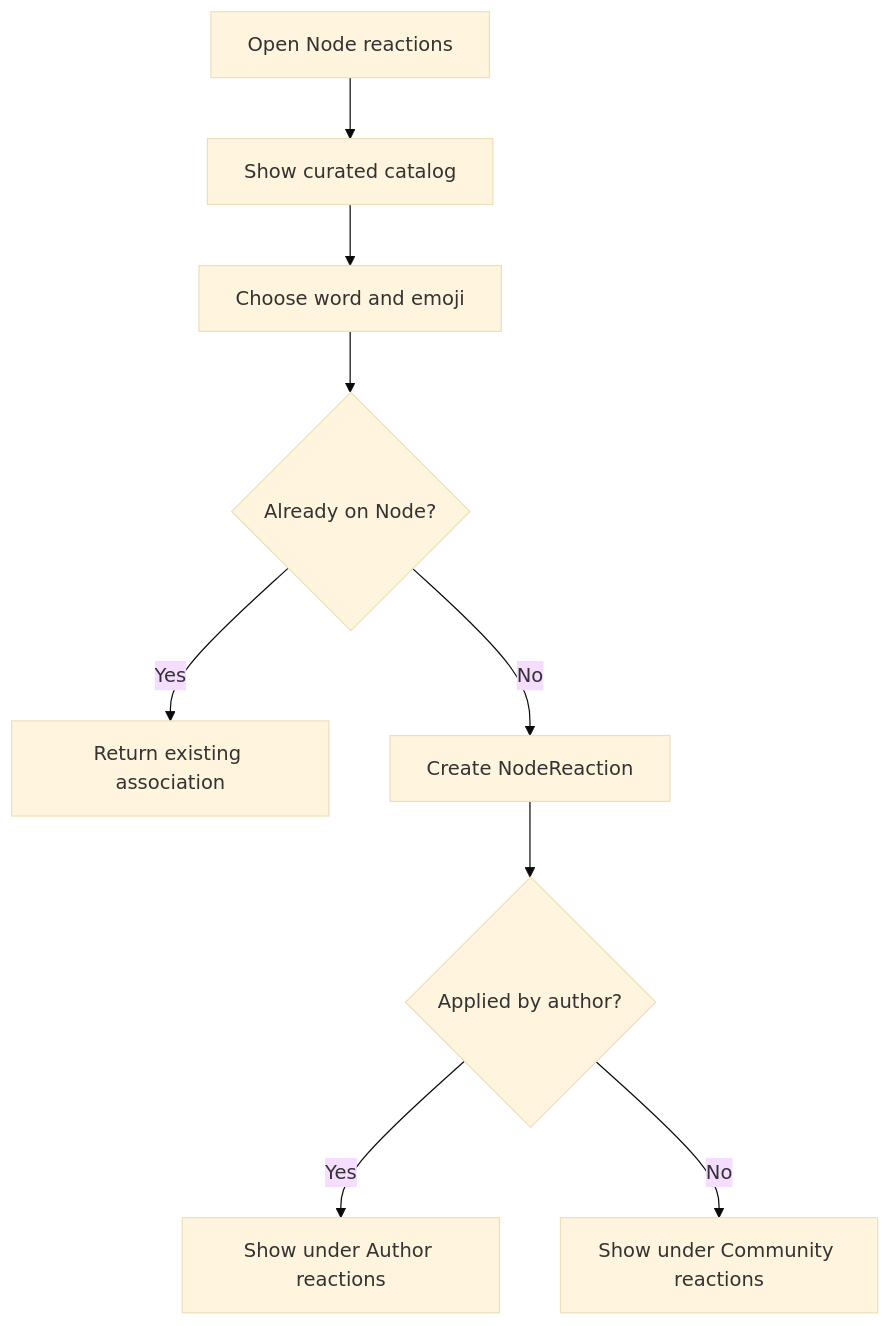
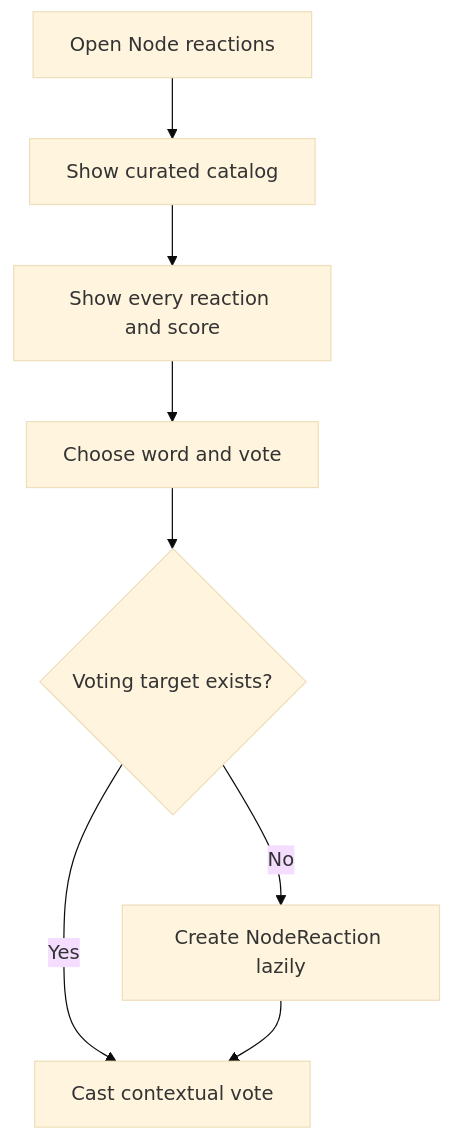
Before and after one commit to williamowen65/atlas-the-public-think-tank: the first of 2 diagrams in docs/workflows/REACTIONS.md, drawn with Mermaid (base theme). The commit also changed other lines of this file and 8 other files, not shown here.

Commit message:
PTT-103 unify reactions and create targets on first vote

````diff
--- a/docs/workflows/REACTIONS.md
+++ b/docs/workflows/REACTIONS.md
@@ -17,11 +17,10 @@
 ```mermaid
 flowchart TD
     A[Open Node reactions] --> B[Show curated catalog]
-    B --> C[Choose word and emoji]
-    C --> D{Already on Node?}
-    D -->|Yes| E[Return existing association]
-    D -->|No| F[Create NodeReaction]
-    F --> G{Applied by author?}
-    G -->|Yes| H[Show under Author reactions]
-    G -->|No| I[Show under Community reactions]
+    B --> C[Show every reaction and score]
+    C --> D[Choose word and vote]
+    D --> E{Voting target exists?}
+    E -->|Yes| F[Cast contextual vote]
+    E -->|No| G[Create NodeReaction lazily]
+    G --> F
 ```
````
